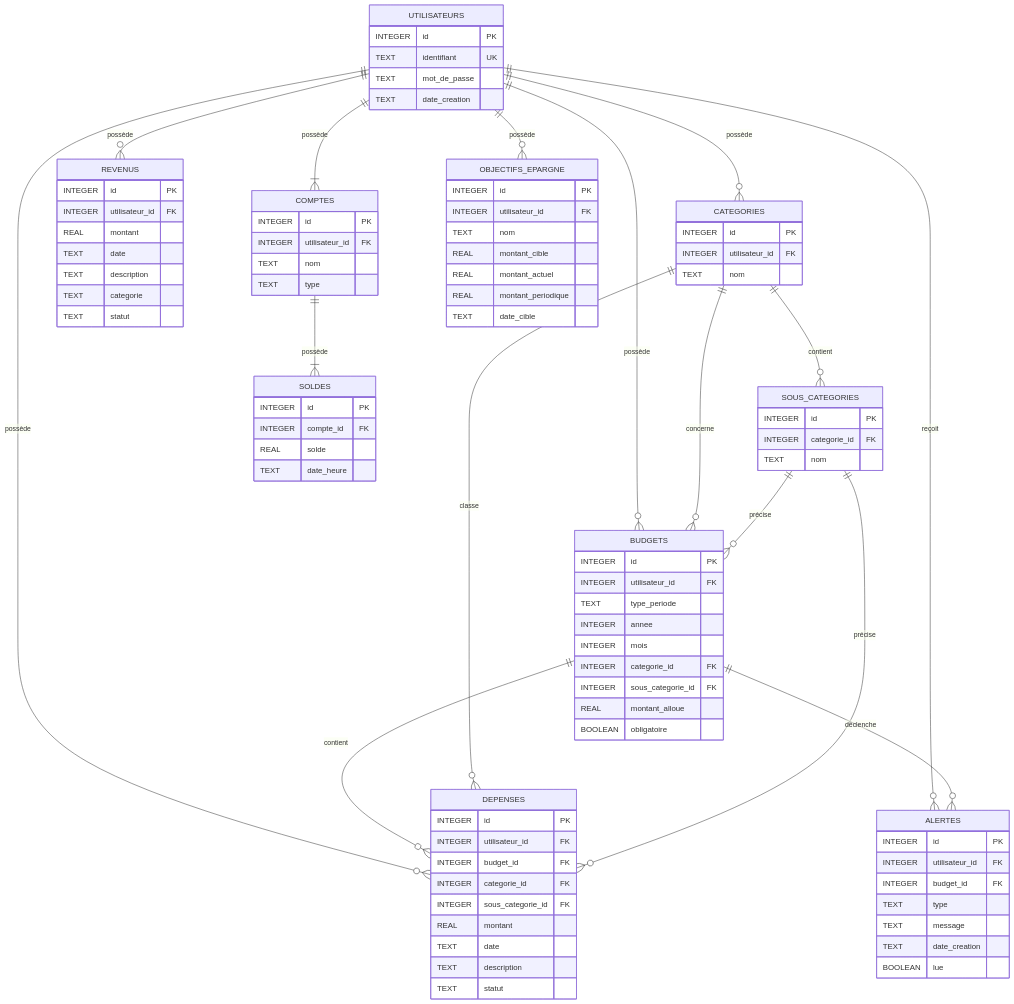
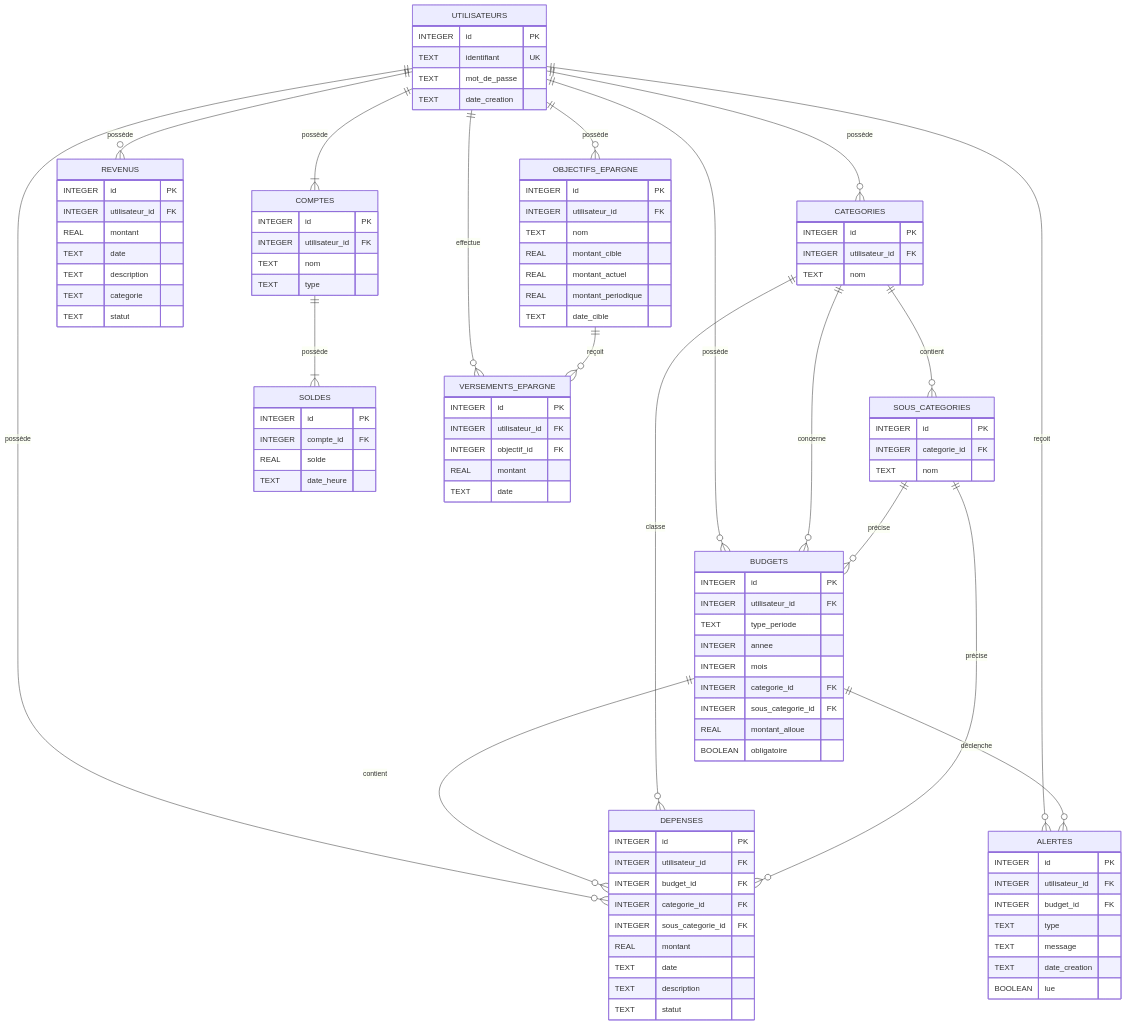
One commit to TheMuliama/plannification_budgetaire changed the diagram in docs/schéma_bdd.md. Above: the diagram before and after it, drawn with Mermaid. The commit also changed 10 other files, not shown here.

Commit message:
feat(epargne): intégrer les versements au solde

```diff
--- a/docs/schéma_bdd.md
+++ b/docs/schéma_bdd.md
@@ -78,6 +78,14 @@
         TEXT date_cible
     }
 
+    VERSEMENTS_EPARGNE {
+        INTEGER id PK
+        INTEGER utilisateur_id FK
+        INTEGER objectif_id FK
+        REAL montant
+        TEXT date
+    }
+
     ALERTES {
         INTEGER id PK
         INTEGER utilisateur_id FK
@@ -106,6 +114,8 @@
     COMPTES ||--|{ SOLDES : "possède"
 
     UTILISATEURS ||--o{ OBJECTIFS_EPARGNE : "possède"
+    UTILISATEURS ||--o{ VERSEMENTS_EPARGNE : "effectue"
+    OBJECTIFS_EPARGNE ||--o{ VERSEMENTS_EPARGNE : "reçoit"
 
     UTILISATEURS ||--o{ ALERTES : "reçoit"
     BUDGETS ||--o{ ALERTES : "déclenche"
```
